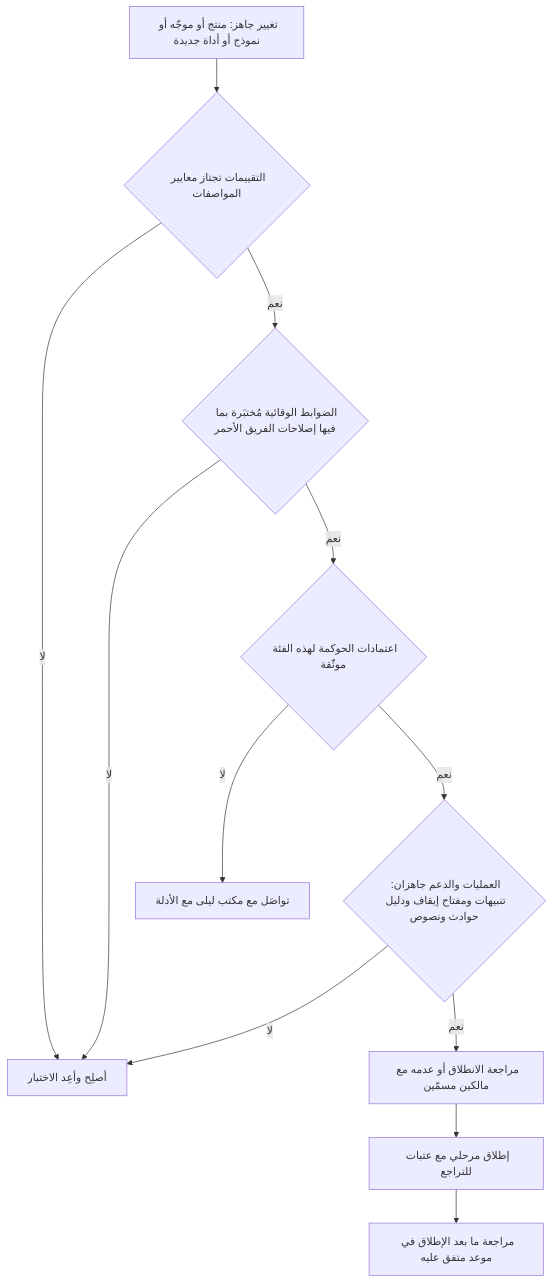
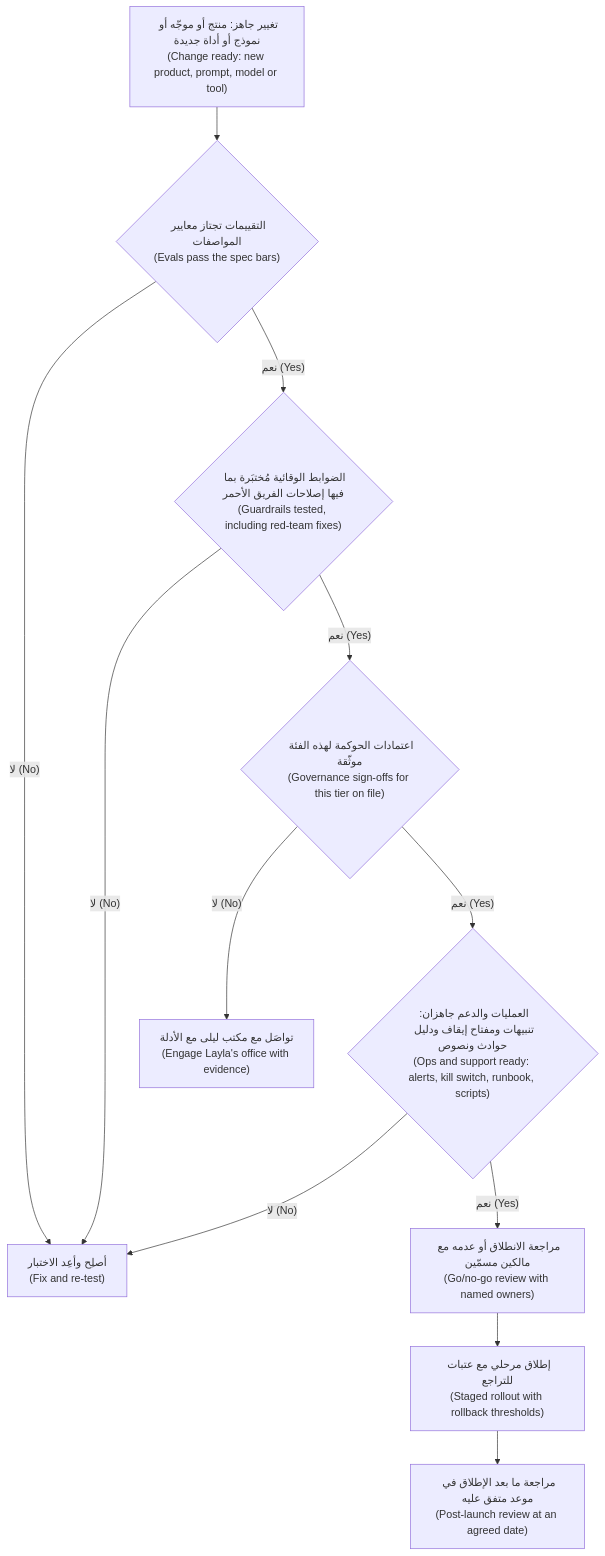
The first of 3 diagrams in aipm/modules/07-launch.ar.md (Tamoura/system-design-for-vibe-coders), drawn with Mermaid before and after one commit. The commit also changed other lines of this file and 9 other files, not shown here.

First line of the commit message:
AI PM course (AR): right-to-left diagrams with English labels

````diff
--- a/aipm/modules/07-launch.ar.md
+++ b/aipm/modules/07-launch.ar.md
@@ -77,14 +77,14 @@
 ```mermaid
 flowchart TD
-    A["تغيير جاهز: منتج أو موجّه أو نموذج أو أداة جديدة"] --> B{"التقييمات تجتاز معايير المواصفات"}
-    B -- لا --> Z["أصلِح وأعِد الاختبار"]
-    B -- نعم --> C{"الضوابط الوقائية مُختبَرة بما فيها إصلاحات الفريق الأحمر"}
-    C -- لا --> Z
-    C -- نعم --> D{"اعتمادات الحوكمة لهذه الفئة موثّقة"}
-    D -- لا --> Y["تواصَل مع مكتب ليلى مع الأدلة"]
-    D -- نعم --> E{"العمليات والدعم جاهزان: تنبيهات ومفتاح إيقاف ودليل حوادث ونصوص"}
-    E -- لا --> Z
-    E -- نعم --> F["مراجعة الانطلاق أو عدمه مع مالكين مسمّين"]
-    F --> G["إطلاق مرحلي مع عتبات للتراجع"]
-    G --> H["مراجعة ما بعد الإطلاق في موعد متفق عليه"]
+    A["تغيير جاهز: منتج أو موجّه أو نموذج أو أداة جديدة<br/>(Change ready: new product, prompt, model or tool)"] --> B{"التقييمات تجتاز معايير المواصفات<br/>(Evals pass the spec bars)"}
+    B -- "لا (No)" --> Z["أصلِح وأعِد الاختبار<br/>(Fix and re-test)"]
+    B -- "نعم (Yes)" --> C{"الضوابط الوقائية مُختبَرة بما فيها إصلاحات الفريق الأحمر<br/>(Guardrails tested, including red-team fixes)"}
+    C -- "لا (No)" --> Z
+    C -- "نعم (Yes)" --> D{"اعتمادات الحوكمة لهذه الفئة موثّقة<br/>(Governance sign-offs for this tier on file)"}
+    D -- "لا (No)" --> Y["تواصَل مع مكتب ليلى مع الأدلة<br/>(Engage Layla's office with evidence)"]
+    D -- "نعم (Yes)" --> E{"العمليات والدعم جاهزان: تنبيهات ومفتاح إيقاف ودليل حوادث ونصوص<br/>(Ops and support ready: alerts, kill switch, runbook, scripts)"}
+    E -- "لا (No)" --> Z
+    E -- "نعم (Yes)" --> F["مراجعة الانطلاق أو عدمه مع مالكين مسمّين<br/>(Go/no-go review with named owners)"]
+    F --> G["إطلاق مرحلي مع عتبات للتراجع<br/>(Staged rollout with rollback thresholds)"]
+    G --> H["مراجعة ما بعد الإطلاق في موعد متفق عليه<br/>(Post-launch review at an agreed date)"]
 ```
````
